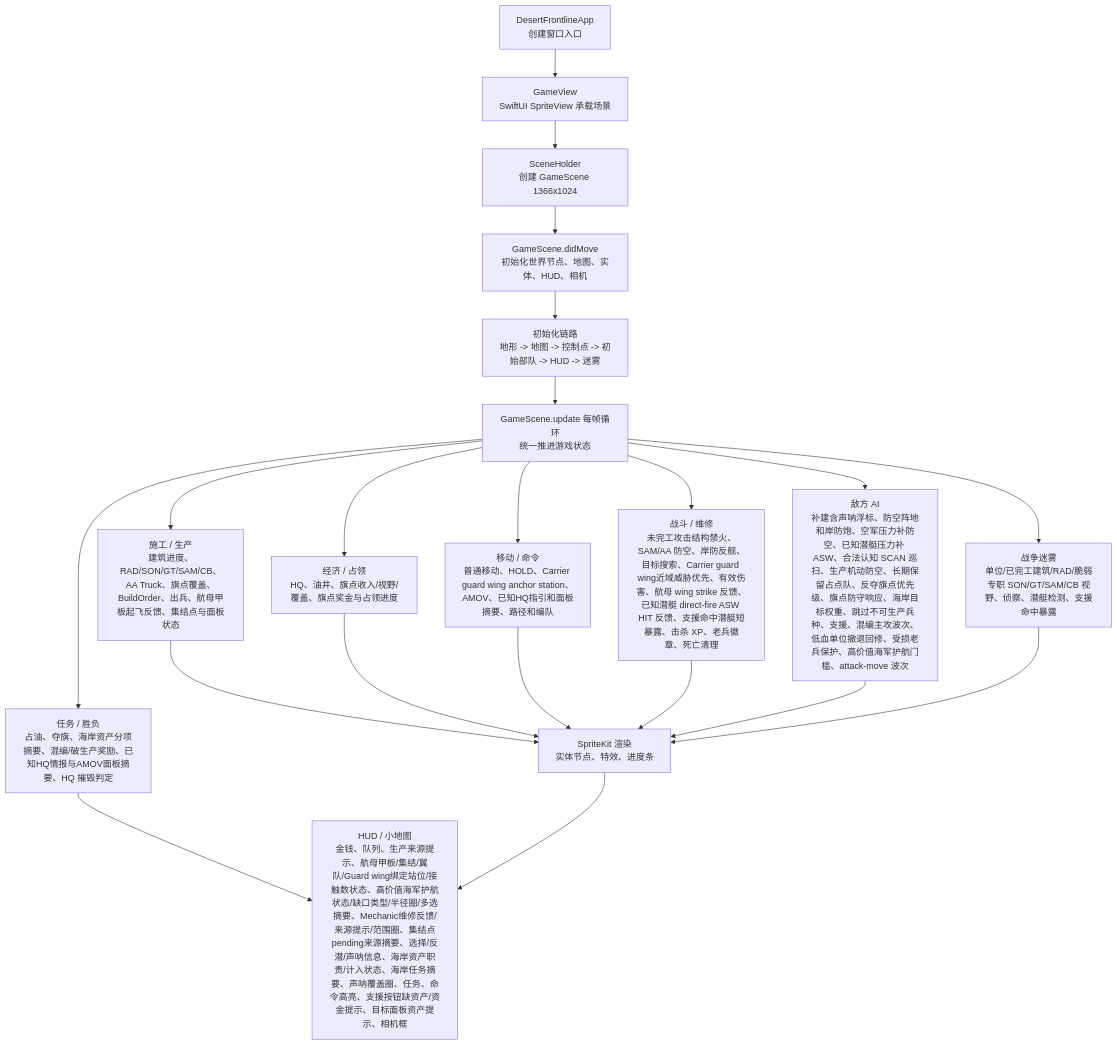
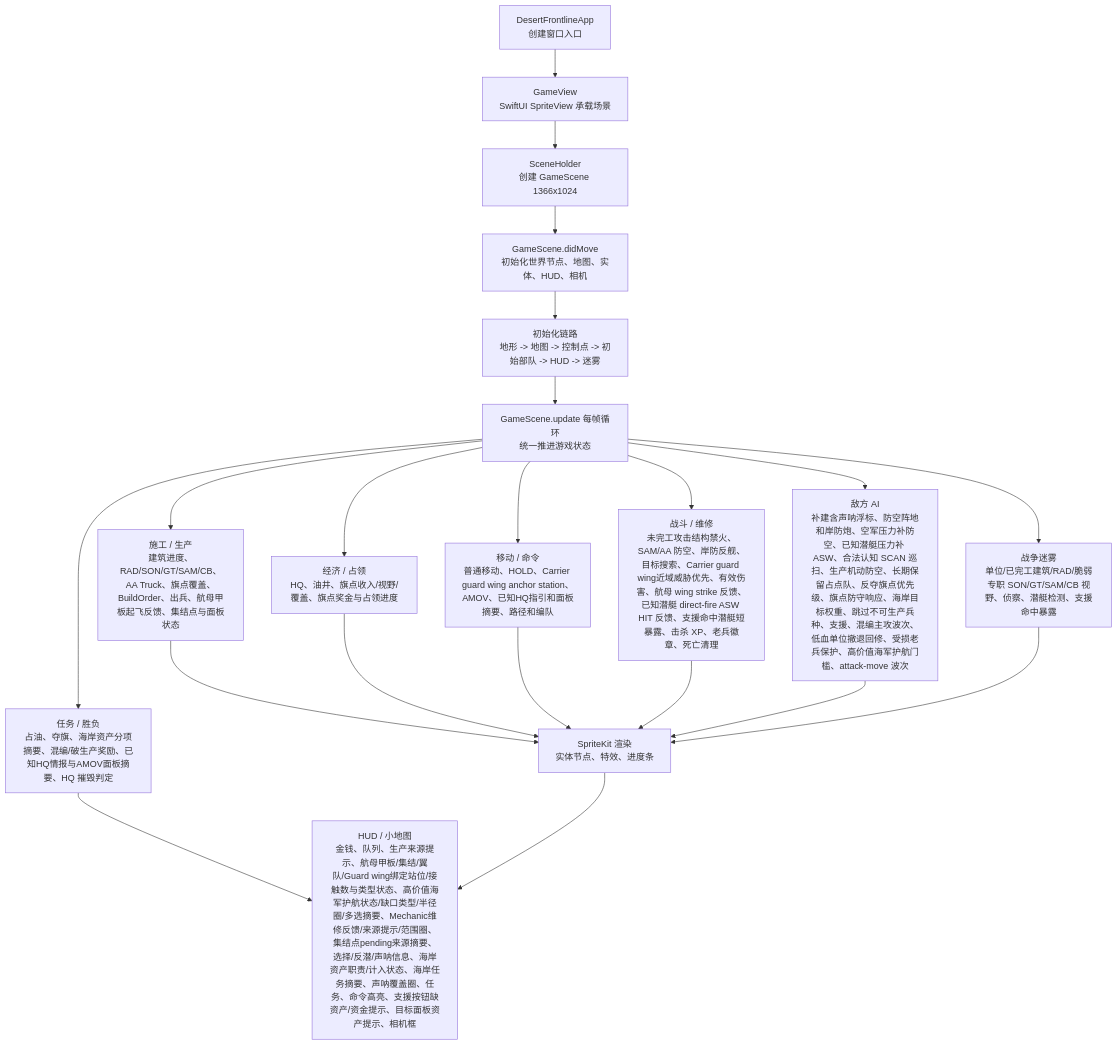
One commit to Altman-sam114/1145 changed the first of 3 diagrams in md/flow/flowchart.md. Above: the diagram before and after it, drawn with Mermaid. The commit also changed 4 other files, not shown here.

````diff
--- a/md/flow/flowchart.md
+++ b/md/flow/flowchart.md
@@ -9,23 +9,23 @@
 ```mermaid
 flowchart TD
   App["DesertFrontlineApp\n创建窗口入口"] --> View["GameView\nSwiftUI SpriteView 承载场景"]
   View --> Holder["SceneHolder\n创建 GameScene 1366x1024"]
   Holder --> Scene["GameScene.didMove\n初始化世界节点、地图、实体、HUD、相机"]
   Scene --> Init["初始化链路\n地形 -> 地图 -> 控制点 -> 初始部队 -> HUD -> 迷雾"]
   Init --> Loop["GameScene.update 每帧循环\n统一推进游戏状态"]
   Loop --> Build["施工 / 生产\n建筑进度、RAD/SON/GT/SAM/CB、AA Truck、旗点覆盖、BuildOrder、出兵、航母甲板起飞反馈、集结点与面板状态"]
   Loop --> Economy["经济 / 占领\nHQ、油井、旗点收入/视野/覆盖、旗点奖金与占领进度"]
   Loop --> Commands["移动 / 命令\n普通移动、HOLD、Carrier guard wing anchor station、AMOV、已知HQ指引和面板摘要、路径和编队"]
   Loop --> Combat["战斗 / 维修\n未完工攻击结构禁火、SAM/AA 防空、岸防反舰、目标搜索、Carrier guard wing近域威胁优先、有效伤害、航母 wing strike 反馈、已知潜艇 direct-fire ASW HIT 反馈、支援命中潜艇短暴露、击杀 XP、老兵徽章、死亡清理"]
   Loop --> AI["敌方 AI\n补建含声呐浮标、防空阵地和岸防炮、空军压力补防空、已知潜艇压力补 ASW、合法认知 SCAN 巡扫、生产机动防空、长期保留占点队、反夺旗点优先级、旗点防守响应、海岸目标权重、跳过不可生产兵种、支援、混编主攻波次、低血单位撤退回修、受损老兵保护、高价值海军护航门槛、attack-move 波次"]
   Loop --> Fog["战争迷雾\n单位/已完工建筑/RAD/脆弱专职 SON/GT/SAM/CB 视野、侦察、潜艇检测、支援命中暴露"]
   Loop --> Mission["任务 / 胜负\n占油、夺旗、海岸资产分项摘要、混编/破生产奖励、已知HQ情报与AMOV面板摘要、HQ 摧毁判定"]
   Build --> Render["SpriteKit 渲染\n实体节点、特效、进度条"]
   Economy --> Render
   Commands --> Render
   Combat --> Render
   AI --> Render
   Fog --> Render
-  Mission --> HUD["HUD / 小地图\n金钱、队列、生产来源提示、航母甲板/集结/翼队/Guard wing绑定站位/接触数状态、高价值海军护航状态/缺口类型/半径圈/多选摘要、Mechanic维修反馈/来源提示/范围圈、集结点pending来源摘要、选择/反潜/声呐信息、海岸资产职责/计入状态、海岸任务摘要、声呐覆盖圈、任务、命令高亮、支援按钮缺资产/资金提示、目标面板资产提示、相机框"]
+  Mission --> HUD["HUD / 小地图\n金钱、队列、生产来源提示、航母甲板/集结/翼队/Guard wing绑定站位/接触数与类型状态、高价值海军护航状态/缺口类型/半径圈/多选摘要、Mechanic维修反馈/来源提示/范围圈、集结点pending来源摘要、选择/反潜/声呐信息、海岸资产职责/计入状态、海岸任务摘要、声呐覆盖圈、任务、命令高亮、支援按钮缺资产/资金提示、目标面板资产提示、相机框"]
   Render --> HUD
 ```
````
